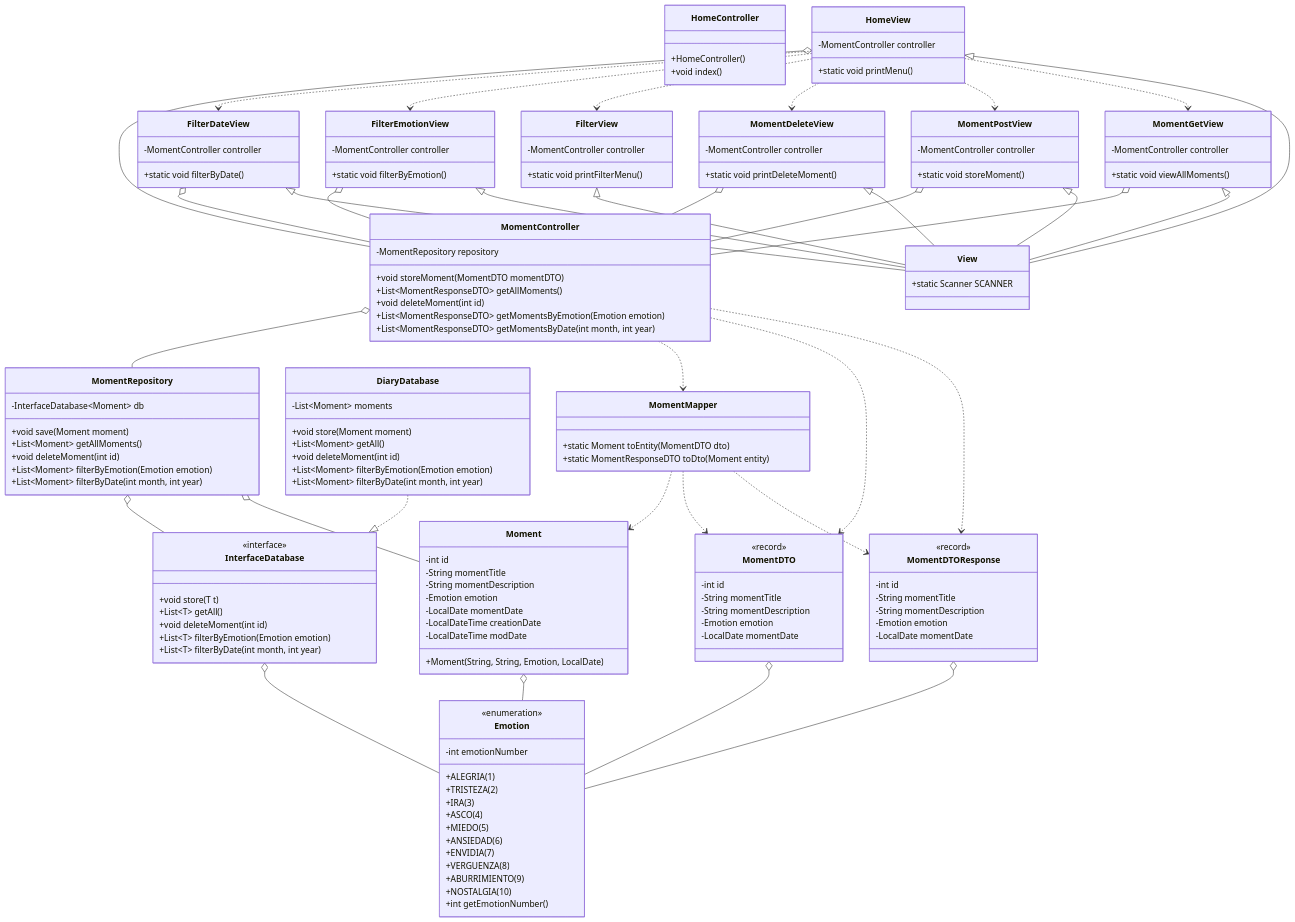
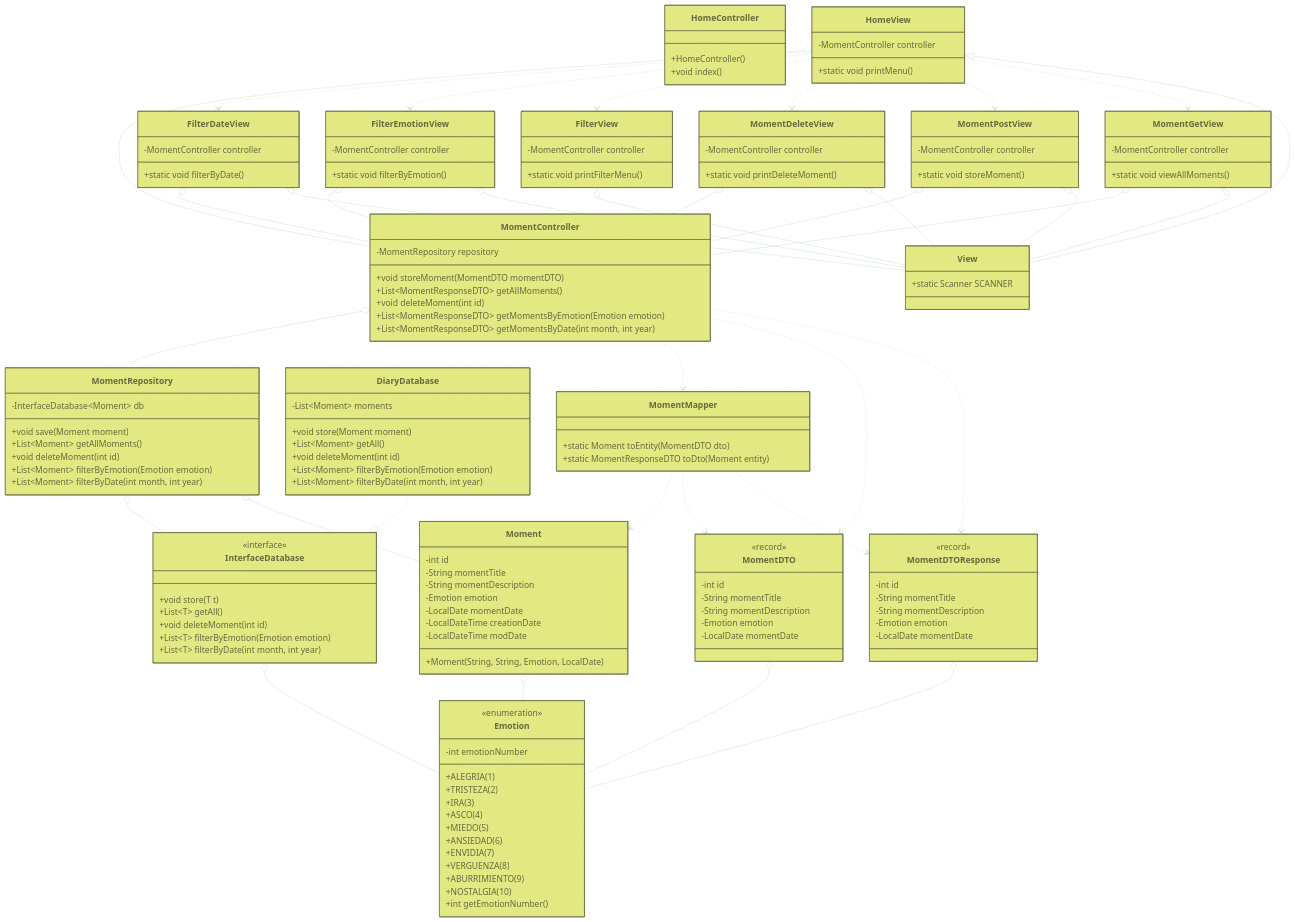
The diagram in readme.md (sara-vazquez/insideOut-java), drawn with Mermaid before and after one commit. The commit also changed other lines of this file, not shown here.

````diff
--- a/readme.md
+++ b/readme.md
@@ -2,4 +2,15 @@
 ```mermaid
+---
+config:
+  theme: 'base'
+  themeVariables:
+    primaryColor: '#E2E882'
+    primaryTextColor: '#66693E'
+    primaryBorderColor: '#66693E'
+    lineColor: '#D1E8CF'
+    secondaryColor: '#D776E5'
+    tertiaryColor: '#635066'
+---
 classDiagram
 direction TB
     class HomeController {
````
